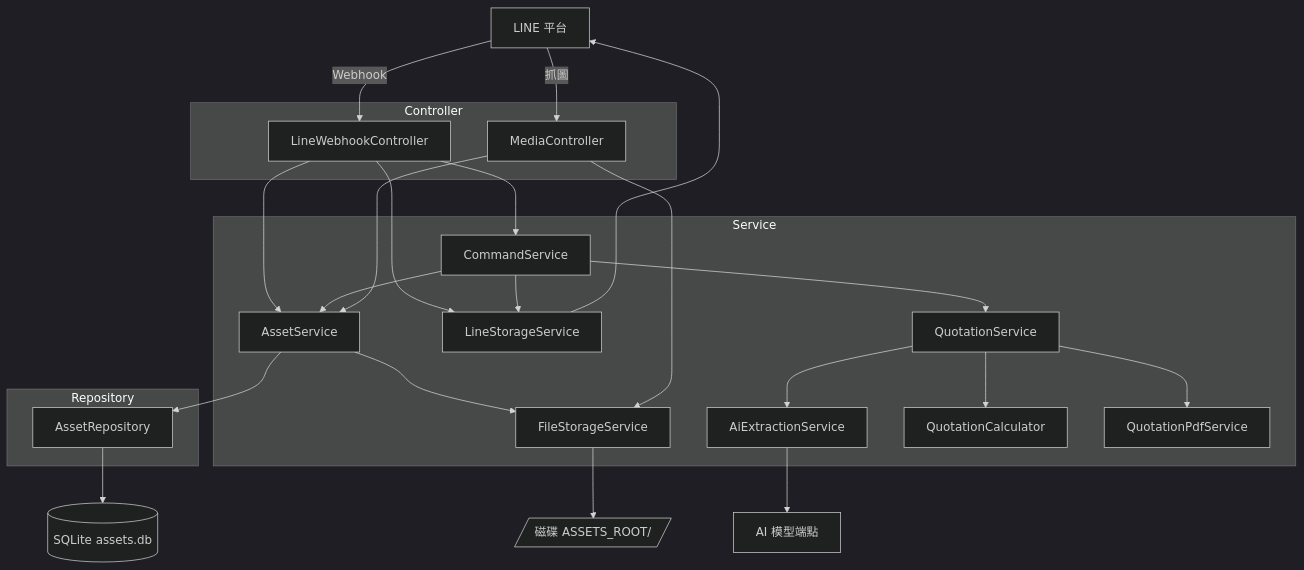
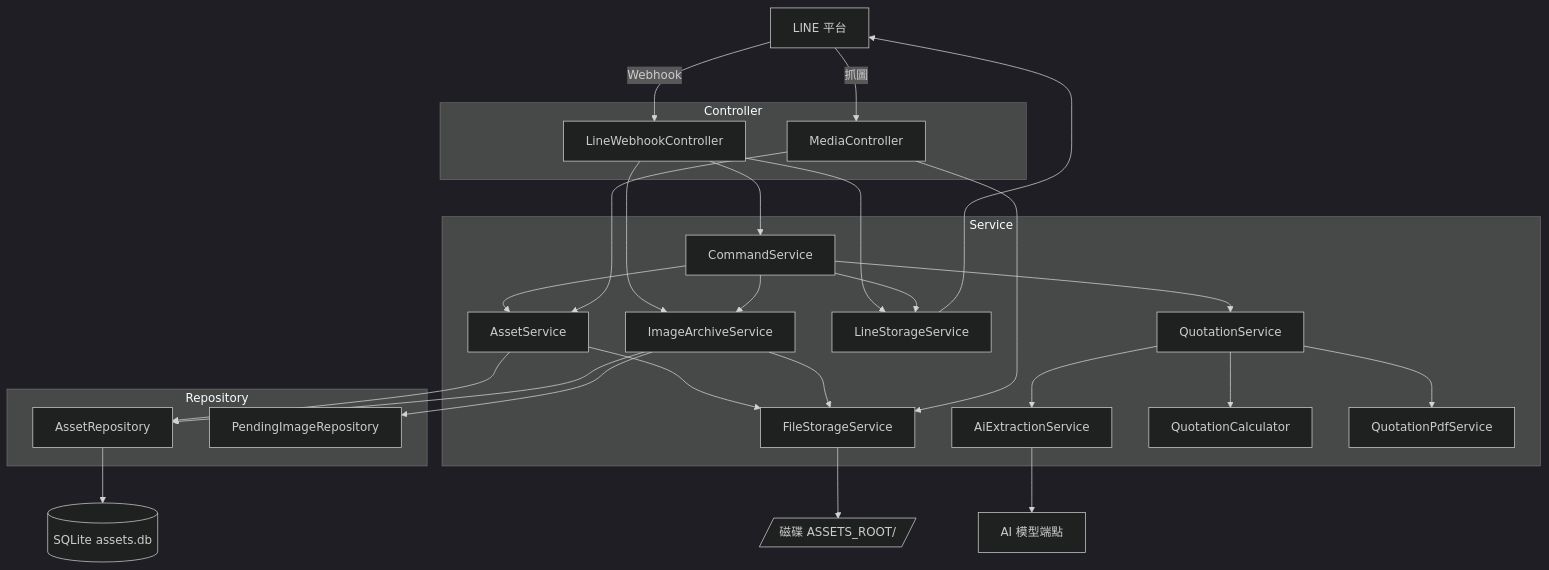
One commit to MiuDog/linebot-commercial changed the diagram in docs/reference/index.md. Above: the diagram before and after it, drawn with Mermaid (dark theme). The commit also changed other lines of this file and 62 other files, not shown here.

````diff
--- a/docs/reference/index.md
+++ b/docs/reference/index.md
@@ -53,48 +63,54 @@
 ```mermaid
 flowchart TD
     LINE[LINE 平台]
 
     subgraph Controller
         WH[LineWebhookController]
         MC[MediaController]
     end
 
     subgraph Service
         CS[CommandService]
         AS[AssetService]
+        IAS[ImageArchiveService]
         FS[FileStorageService]
         LS[LineStorageService]
         QS[QuotationService]
         AI[AiExtractionService]
         QC[QuotationCalculator]
         QP[QuotationPdfService]
     end
 
     subgraph Repository
         AR[AssetRepository]
+        PIR[PendingImageRepository]
     end
 
     DB[(SQLite assets.db)]
     DISK[/磁碟 ASSETS_ROOT//]
     MODEL[AI 模型端點]
 
     LINE -->|Webhook| WH
     LINE -->|抓圖| MC
     WH --> CS
-    WH --> AS
+    WH --> IAS
     WH --> LS
     CS --> AS
+    CS --> IAS
     CS --> QS
     CS --> LS
     QS --> AI
     QS --> QC
     QS --> QP
     AI --> MODEL
     AS --> AR
     AS --> FS
+    IAS --> AR
+    IAS --> PIR
+    IAS --> FS
     MC --> AS
     MC --> FS
     AR --> DB
     FS --> DISK
     LS --> LINE
 ```
````
